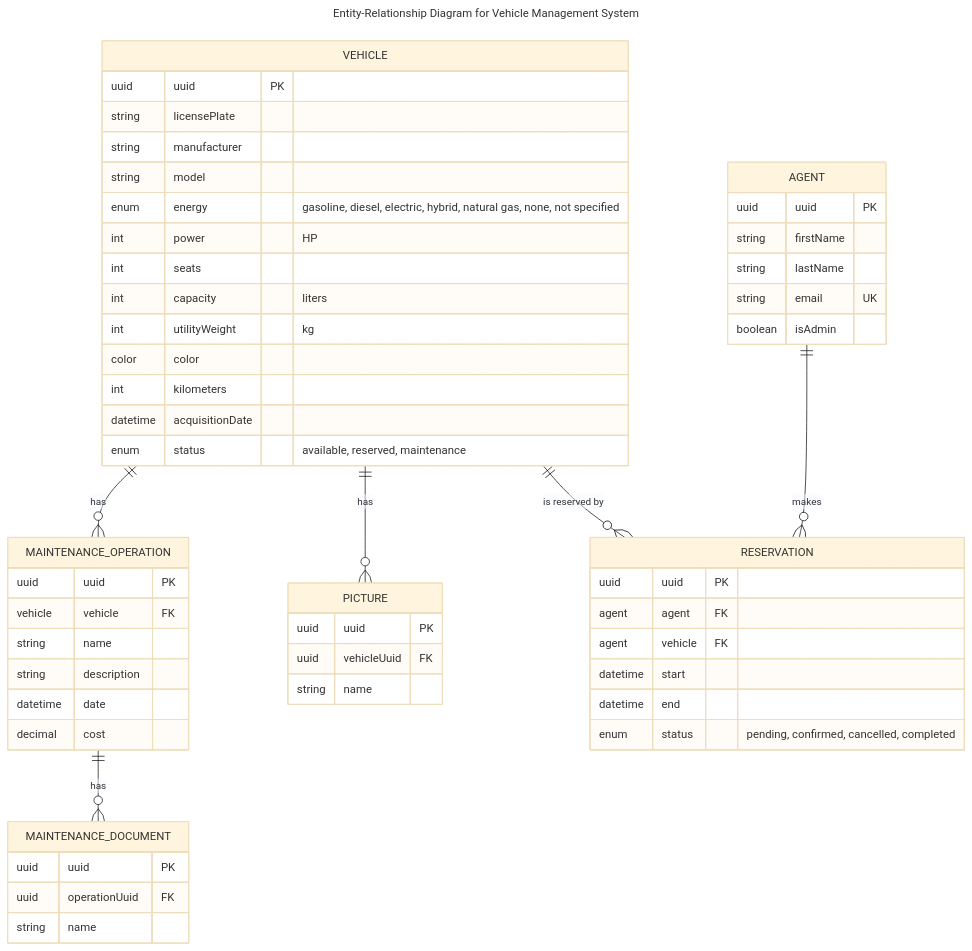
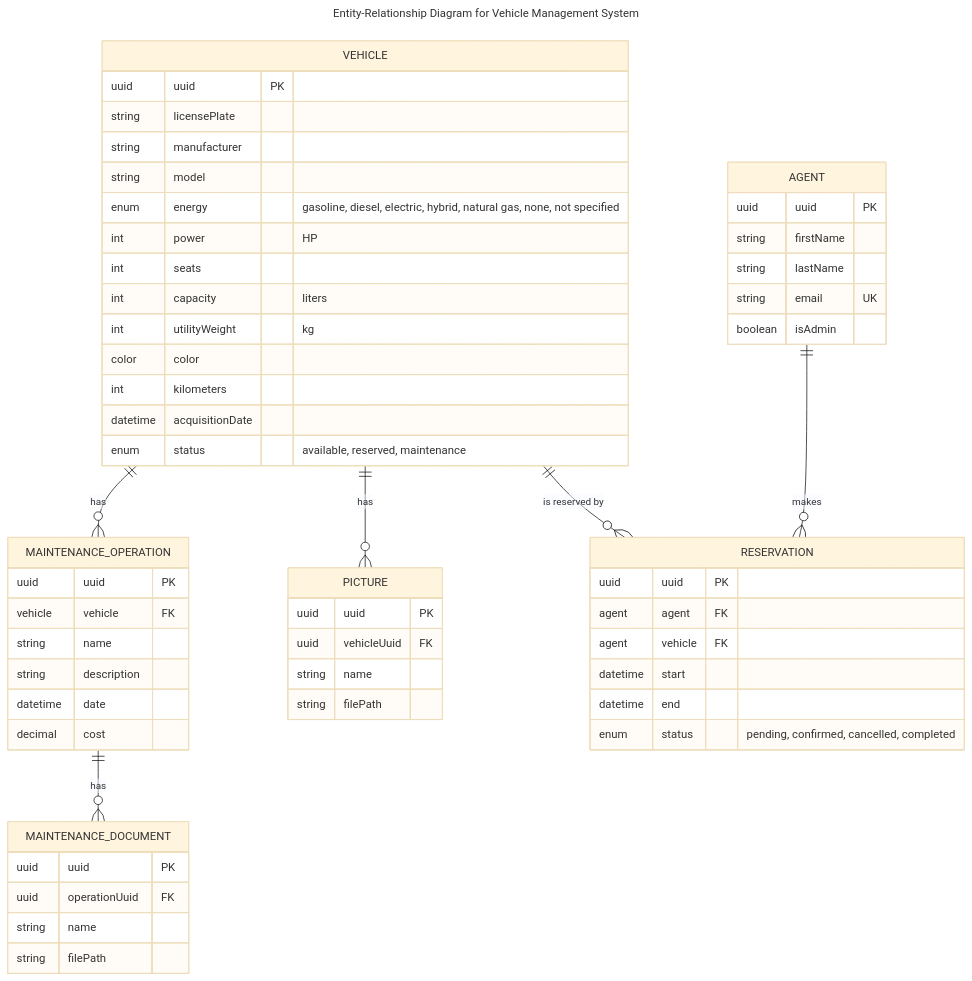
Before and after one commit to NathanFerry/wherethecar: the diagram in docs/domain/er-diagram.md, drawn with Mermaid (base theme). The commit also changed 1 other file, not shown here.

Commit message:
Update domain and schema

````diff
--- a/docs/domain/er-diagram.md
+++ b/docs/domain/er-diagram.md
@@ -1,65 +1,67 @@
 ```mermaid
 ---
 title: Entity-Relationship Diagram for Vehicle Management System
 ---
 erDiagram
     VEHICLE ||--o{ MAINTENANCE_OPERATION : has
     VEHICLE ||--o{ PICTURE : has
     VEHICLE ||--o{ RESERVATION : "is reserved by"
     MAINTENANCE_OPERATION ||--o{ MAINTENANCE_DOCUMENT : has
     AGENT ||--o{ RESERVATION : makes
     
     VEHICLE {
         uuid uuid PK
         string licensePlate
         string manufacturer
         string model
         enum energy "gasoline, diesel, electric, hybrid, natural gas, none, not specified"
         int power "HP"
         int seats
         int capacity "liters"
         int utilityWeight "kg"
         color color
         int kilometers
         datetime acquisitionDate
         enum status "available, reserved, maintenance"
     }
     
     PICTURE {
         uuid uuid PK
         uuid vehicleUuid FK
         string name
+        string filePath
     }
     
     MAINTENANCE_OPERATION {
         uuid uuid PK
         vehicle vehicle FK
         string name
         string description
         datetime date
         decimal cost
     }
     
     MAINTENANCE_DOCUMENT {
         uuid uuid PK
         uuid operationUuid FK
         string name
+        string filePath
     }
     
     AGENT {
         uuid uuid PK
         string firstName
         string lastName
         string email UK
         boolean isAdmin
     }
     
     RESERVATION {
         uuid uuid PK
         agent agent FK
         agent vehicle FK
         datetime start
         datetime end
         enum status "pending, confirmed, cancelled, completed"
     }
 ```
````
